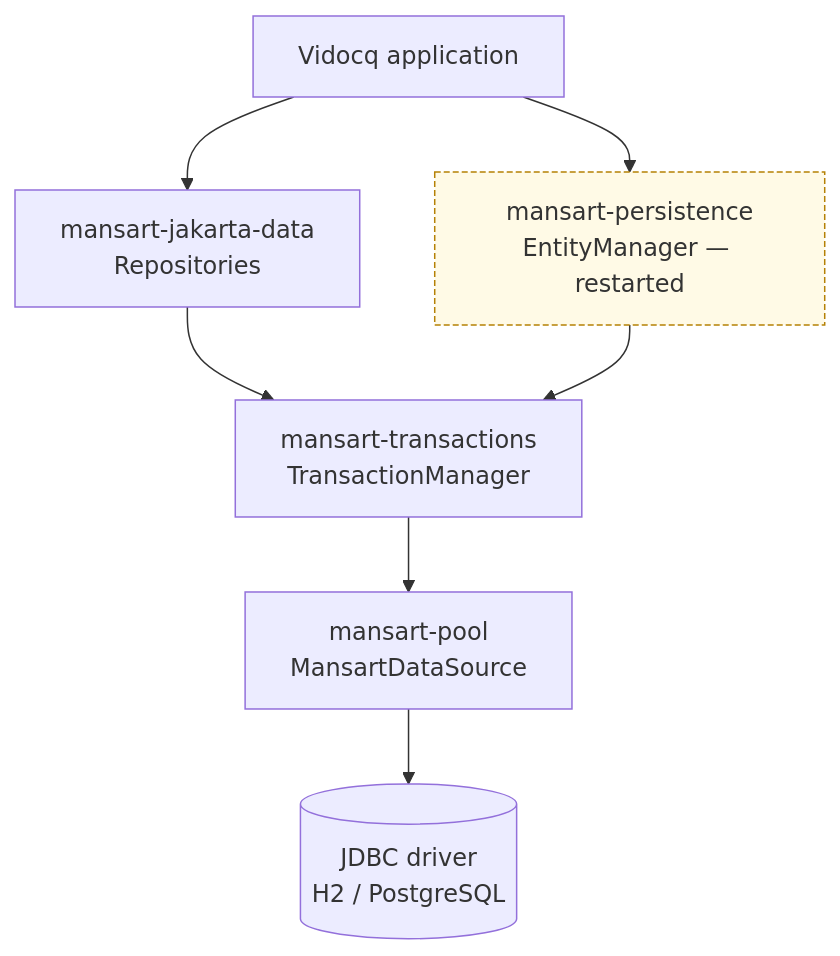
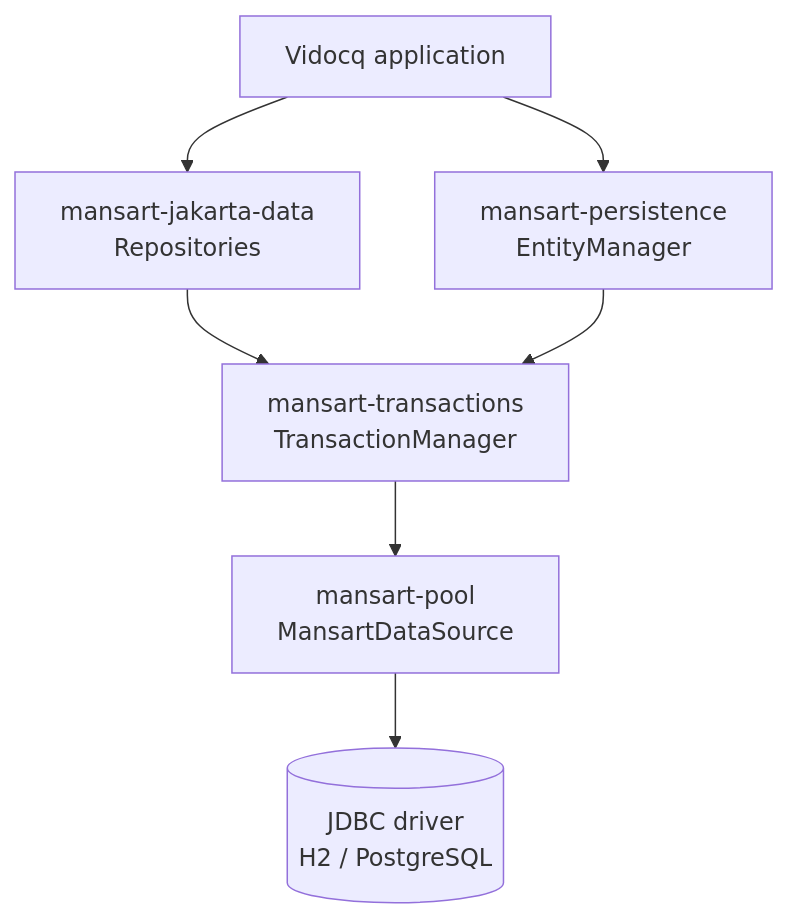
One commit to vidocq-stack/mansart changed the first of 2 diagrams in docs/en/modules/ROOT/pages/index.adoc. Above: the diagram before and after it, drawn with Mermaid. The commit also changed other lines of this file and 9 other files, not shown here.

Commit message:
docs: align persistence roadmap and guides after rebase

```diff
--- a/docs/en/modules/ROOT/pages/index.adoc
+++ b/docs/en/modules/ROOT/pages/index.adoc
@@ -72,13 +72,11 @@
 [mermaid]
 ....
 flowchart TB
     APP[Vidocq application] --> DATA[mansart-jakarta-data<br/>Repositories]
-    APP --> JPA[mansart-persistence<br/>EntityManager — restarted]
+    APP --> JPA[mansart-persistence<br/>EntityManager]
     DATA --> TX[mansart-transactions<br/>TransactionManager]
     JPA --> TX
     TX --> POOL[mansart-pool<br/>MansartDataSource]
     POOL --> JDBC[(JDBC driver<br/>H2 / PostgreSQL)]
 
-    classDef wait fill:#fffae6,stroke:#b58105,stroke-dasharray: 4 2;
-    class JPA wait;
 ....
```
